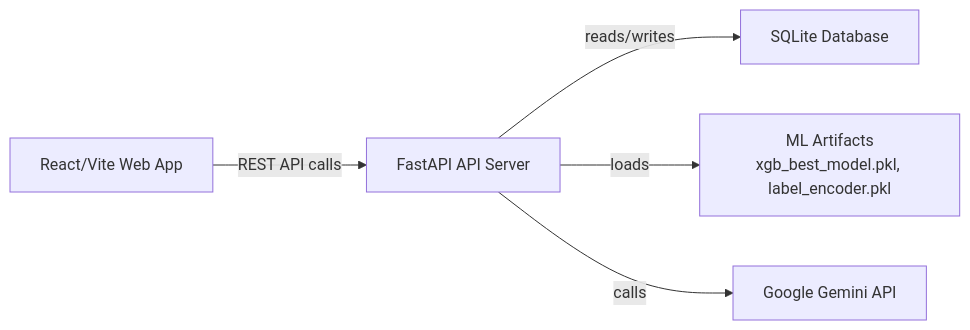
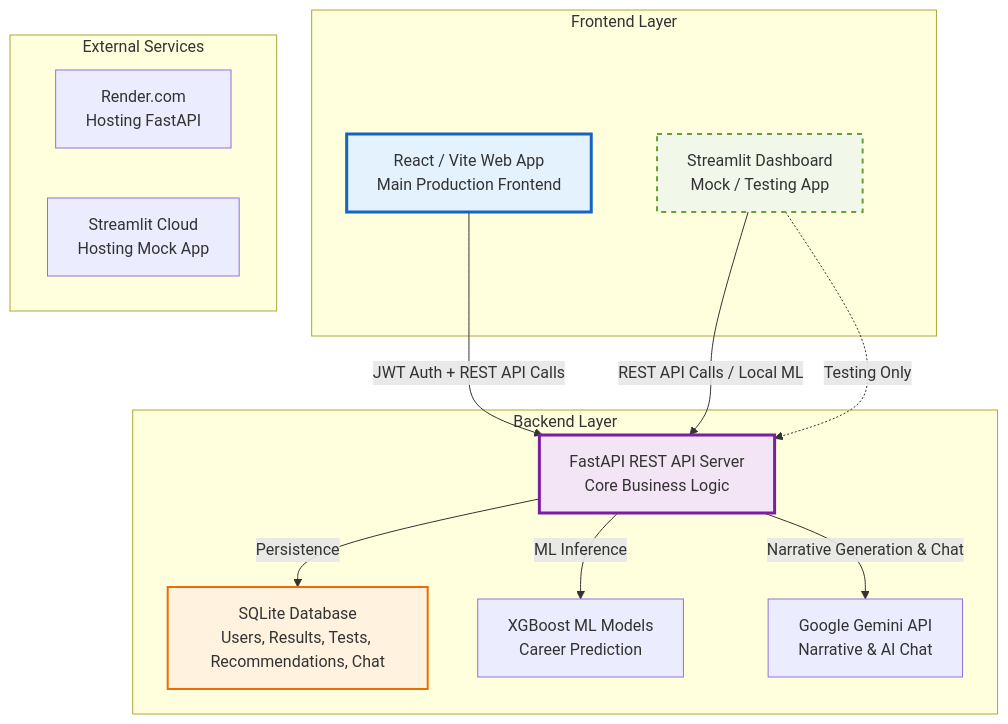
Before and after one commit to A-I-Jeremiah/Smart-Career-Portal: the first of 8 diagrams in README.md, drawn with Mermaid.

````diff
--- a/README.md
+++ b/README.md
@@ -17,13 +17,32 @@
 ```mermaid
-graph LR
-    React[React/Vite Web App]
-    FastAPI[FastAPI API Server]
-    SQLite[SQLite Database]
-    XGBoostModel[ML Artifacts<br/>xgb_best_model.pkl, label_encoder.pkl]
-    Gemini[Google Gemini API]
+graph TB
+    subgraph "Frontend Layer"
+        React[React / Vite Web App<br/>Main Production Frontend]
+        Streamlit[Streamlit Dashboard<br/>Mock / Testing App]
+    end
 
-    React -->|REST API calls| FastAPI
-    FastAPI -->|reads/writes| SQLite
-    FastAPI -->|loads| XGBoostModel
-    FastAPI -->|calls| Gemini
+    subgraph "Backend Layer"
+        FastAPI[FastAPI REST API Server<br/>Core Business Logic]
+        SQLite[SQLite Database<br/>Users, Results, Tests, Recommendations, Chat]
+        ML[XGBoost ML Models<br/>Career Prediction]
+        Gemini[Google Gemini API<br/>Narrative & AI Chat]
+    end
+
+    subgraph "External Services"
+        Render[Render.com<br/>Hosting FastAPI]
+        StreamlitCloud[Streamlit Cloud<br/>Hosting Mock App]
+    end
+
+    React -->|JWT Auth + REST API Calls| FastAPI
+    Streamlit -->|REST API Calls / Local ML| FastAPI
+    Streamlit -.->|Testing Only| FastAPI
+
+    FastAPI -->|Persistence| SQLite
+    FastAPI -->|ML Inference| ML
+    FastAPI -->|Narrative Generation & Chat| Gemini
+
+    style React fill:#e3f2fd,stroke:#1565c0,stroke-width:3px
+    style Streamlit fill:#f1f8e9,stroke:#689f38,stroke-width:2px,stroke-dasharray: 5 5
+    style FastAPI fill:#f3e5f5,stroke:#7b1fa2,stroke-width:3px
+    style SQLite fill:#fff3e0,stroke:#ef6c00,stroke-width:2px
 ```
````
